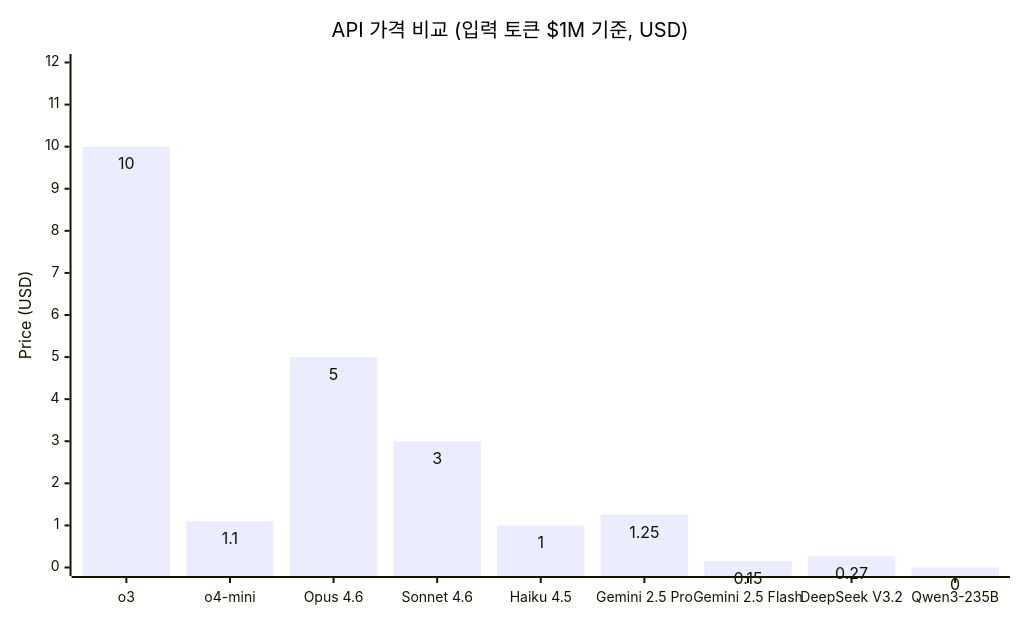
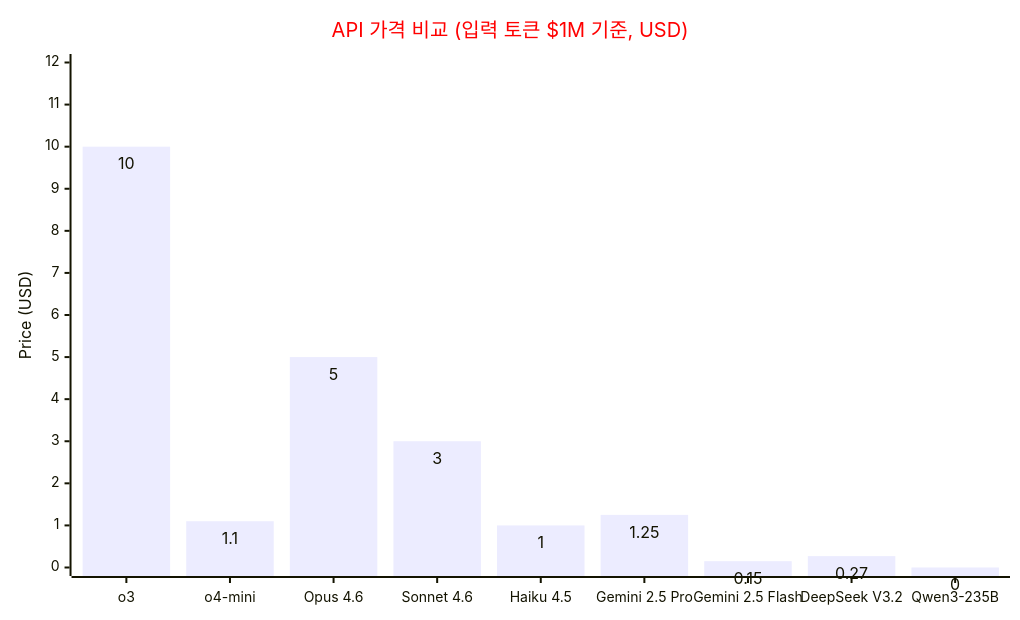
Before and after one commit to k82022603/k82022603.github.io: the eighth of 9 diagrams in _posts/2026-04-01-ai-추론-모델-종합-비교-리포트.md, drawn with Mermaid.

Commit message:
auto: sync wiki to blog [2026-04-01 05:40:07]

````diff
--- a/_posts/2026-04-01-ai-추론-모델-종합-비교-리포트.md
+++ b/_posts/2026-04-01-ai-추론-모델-종합-비교-리포트.md
@@ -362,17 +362,17 @@
 ```mermaid
 ---
 config:
     xyChart:
         width: 1000
         height: 600
         showDataLabel: true
     themeVariables:
         xyChart:
-            titleColor: "#000000" #"#ff0000"
+            titleColor: "#ff0000"
 ---
 xychart-beta
     title "API 가격 비교 (입력 토큰 $1M 기준, USD)"
     x-axis ["o3", "o4-mini", "Opus 4.6", "Sonnet 4.6", "Haiku 4.5", "Gemini 2.5 Pro", "Gemini 2.5 Flash", "DeepSeek V3.2", "Qwen3-235B"]
     y-axis "Price (USD)" 0 --> 12
     bar [10, 1.1, 5, 3, 1, 1.25, 0.15, 0.27, 0]
 ```
````
